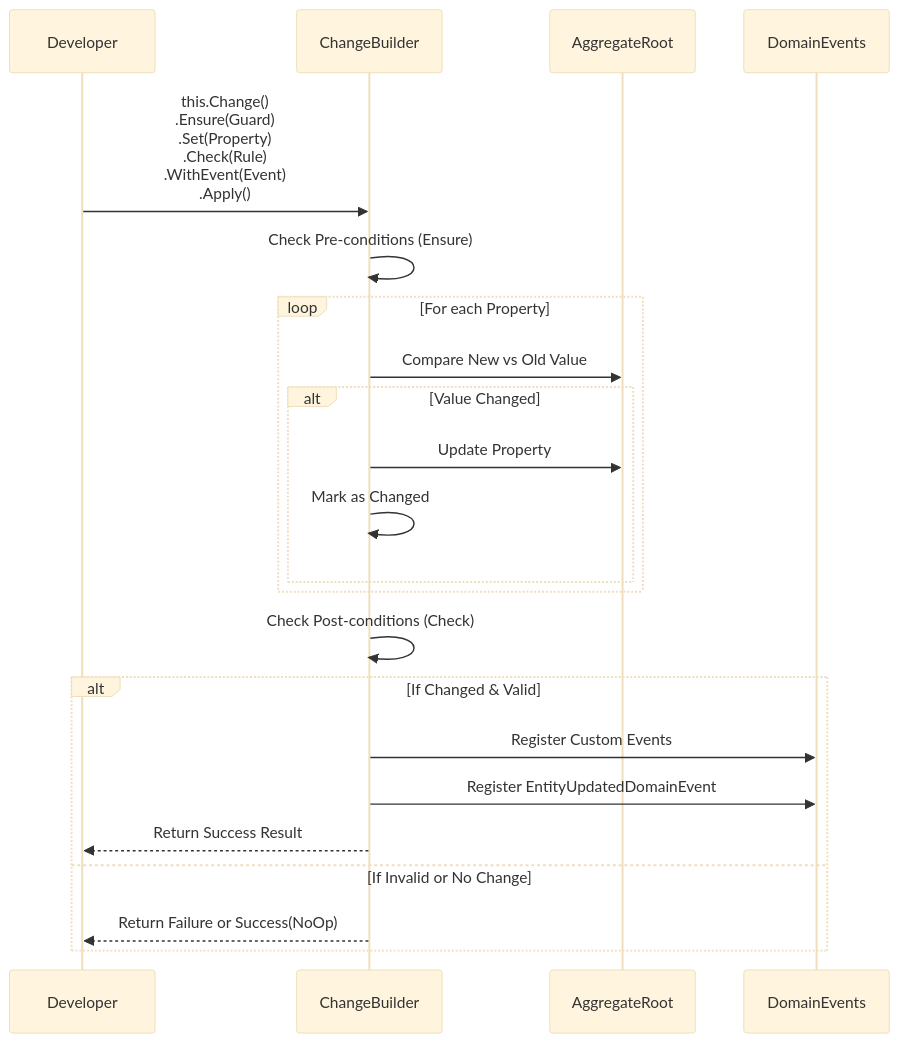
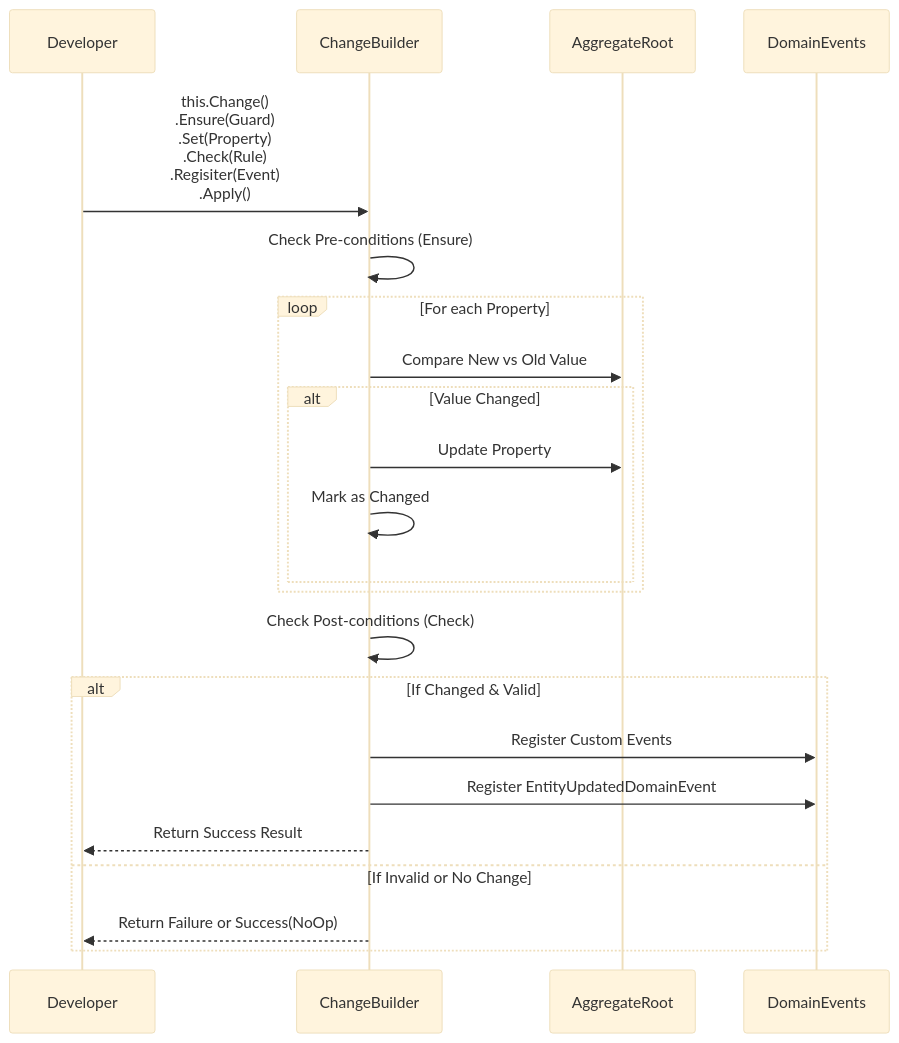
One commit to BridgingIT-GmbH/bITdevKit changed the third of 3 diagrams in docs/features-domain.md. Above: the diagram before and after it, drawn with Mermaid (base theme). The commit also changed other lines of this file and 3 other files, not shown here.

````diff
--- a/docs/features-domain.md
+++ b/docs/features-domain.md
@@ -227,29 +227,29 @@
 ```mermaid
 sequenceDiagram
     participant Dev as Developer
     participant Builder as ChangeBuilder
     participant Agg as AggregateRoot
     participant Events as DomainEvents
 
-    Dev->>Builder: this.Change()<br/>.Ensure(Guard)<br/>.Set(Property)<br/>.Check(Rule)<br/>.WithEvent(Event)<br/>.Apply()
+    Dev->>Builder: this.Change()<br/>.Ensure(Guard)<br/>.Set(Property)<br/>.Check(Rule)<br/>.Regisiter(Event)<br/>.Apply()
     
     Builder->>Builder: Check Pre-conditions (Ensure)
     
     loop For each Property
         Builder->>Agg: Compare New vs Old Value
         alt Value Changed
             Builder->>Agg: Update Property
             Builder->>Builder: Mark as Changed
         end
     end
 
     Builder->>Builder: Check Post-conditions (Check)
     
     alt If Changed & Valid
         Builder->>Events: Register Custom Events
         Builder->>Events: Register EntityUpdatedDomainEvent
         Builder-->>Dev: Return Success Result
     else If Invalid or No Change
         Builder-->>Dev: Return Failure or Success(NoOp)
     end
 ```
````
